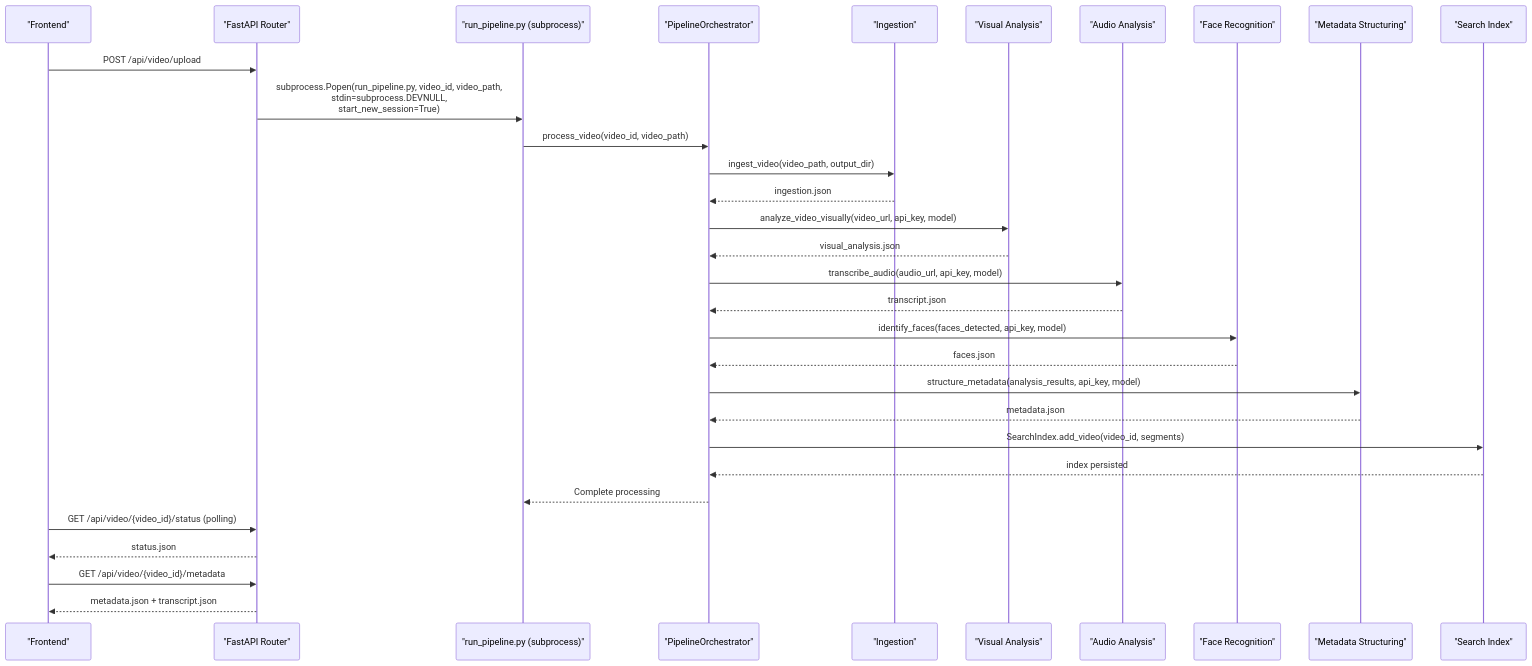
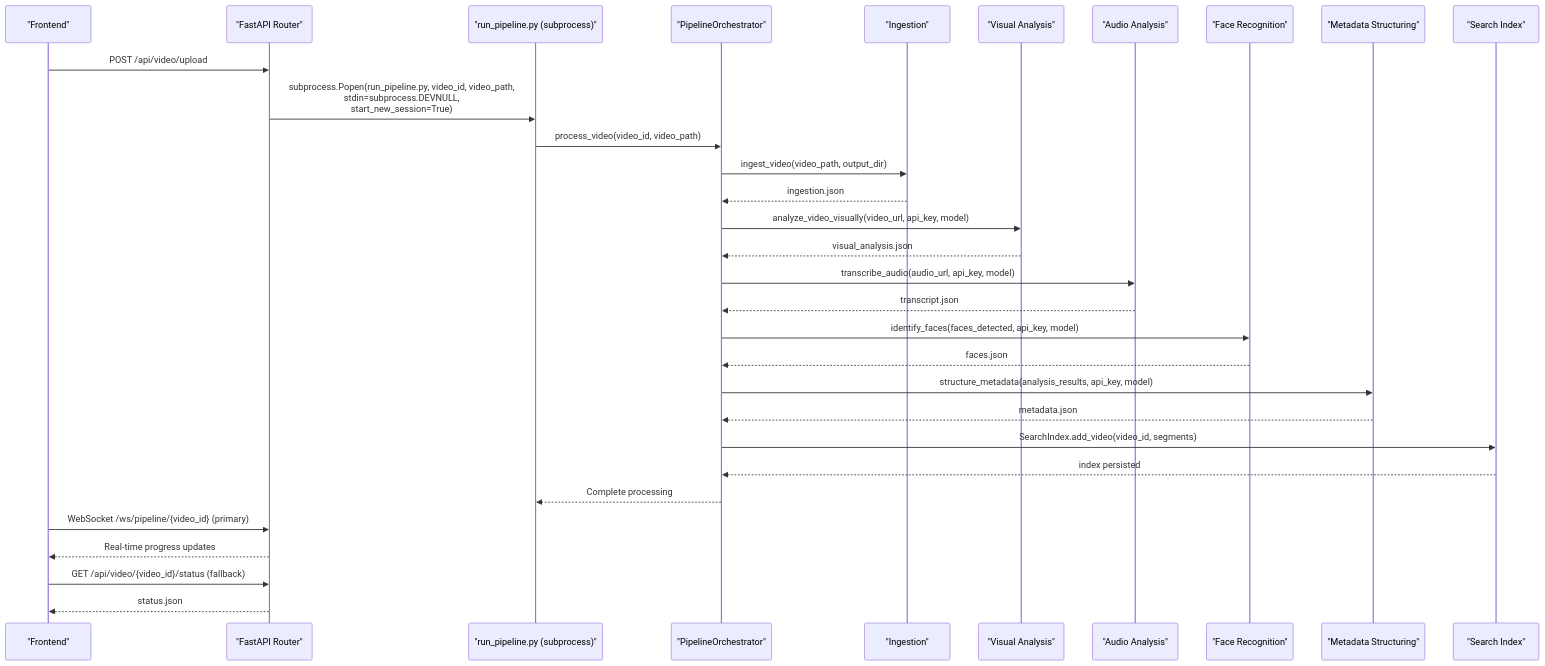
The second of 5 diagrams in .qoder/repowiki/en/content/Media Processing Pipeline/Media Processing Pipeline.md (alexandreybasta-cyber/dubai-media-ai), drawn with Mermaid before and after one commit. The commit also changed other lines of this file and 20 other files, not shown here.

````diff
--- a/.qoder/repowiki/en/content/Media Processing Pipeline/Media Processing Pipeline.md
+++ b/.qoder/repowiki/en/content/Media Processing Pipeline/Media Processing Pipeline.md
@@ -147,33 +150,33 @@
 ```mermaid
 sequenceDiagram
 participant FE as "Frontend"
 participant API as "FastAPI Router"
 participant SUBPROC as "run_pipeline.py (subprocess)"
 participant ORCH as "PipelineOrchestrator"
 participant ST1 as "Ingestion"
 participant ST2 as "Visual Analysis"
 participant ST3 as "Audio Analysis"
 participant ST4 as "Face Recognition"
 participant ST5 as "Metadata Structuring"
 participant ST6 as "Search Index"
 FE->>API : POST /api/video/upload
 API->>SUBPROC : subprocess.Popen(run_pipeline.py, video_id, video_path,<br/>stdin=subprocess.DEVNULL,<br/>start_new_session=True)
 SUBPROC->>ORCH : process_video(video_id, video_path)
 ORCH->>ST1 : ingest_video(video_path, output_dir)
 ST1-->>ORCH : ingestion.json
 ORCH->>ST2 : analyze_video_visually(video_url, api_key, model)
 ST2-->>ORCH : visual_analysis.json
 ORCH->>ST3 : transcribe_audio(audio_url, api_key, model)
 ST3-->>ORCH : transcript.json
 ORCH->>ST4 : identify_faces(faces_detected, api_key, model)
 ST4-->>ORCH : faces.json
 ORCH->>ST5 : structure_metadata(analysis_results, api_key, model)
 ST5-->>ORCH : metadata.json
 ORCH->>ST6 : SearchIndex.add_video(video_id, segments)
 ST6-->>ORCH : index persisted
 ORCH-->>SUBPROC : Complete processing
-FE->>API : GET /api/video/{video_id}/status (polling)
+FE->>API : WebSocket /ws/pipeline/{video_id} (primary)
+API-->>FE : Real-time progress updates
+FE->>API : GET /api/video/{video_id}/status (fallback)
 API-->>FE : status.json
-FE->>API : GET /api/video/{video_id}/metadata
-API-->>FE : metadata.json + transcript.json
 ```
````
